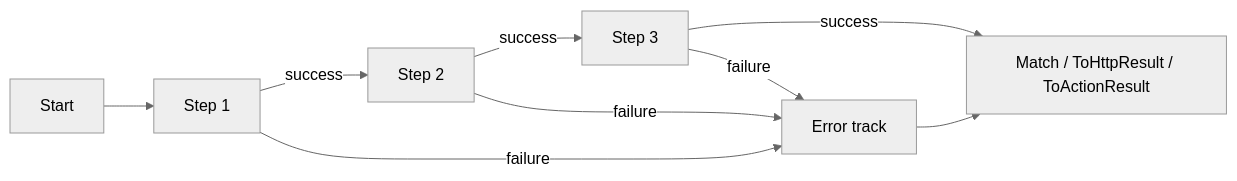
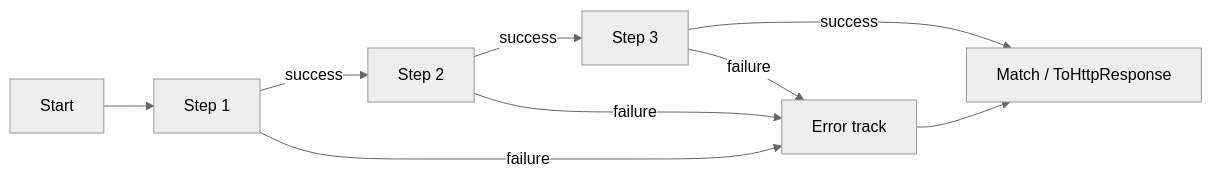
The diagram in docs/docfx_project/articles/debugging.md (xavierjohn/Trellis), drawn with Mermaid (neutral theme) before and after one commit. The commit also changed other lines of this file and 43 other files, not shown here.

````diff
--- a/docs/docfx_project/articles/debugging.md
+++ b/docs/docfx_project/articles/debugging.md
@@ -9,11 +9,11 @@
 ```mermaid
 flowchart LR
     A[Start] --> B[Step 1]
     B -->|success| C[Step 2]
     B -->|failure| F[Error track]
     C -->|success| D[Step 3]
     C -->|failure| F
-    D -->|success| E[Match / ToHttpResult / ToActionResult]
+    D -->|success| E[Match / ToHttpResponse]
     D -->|failure| F
     F --> E
 ```
````
